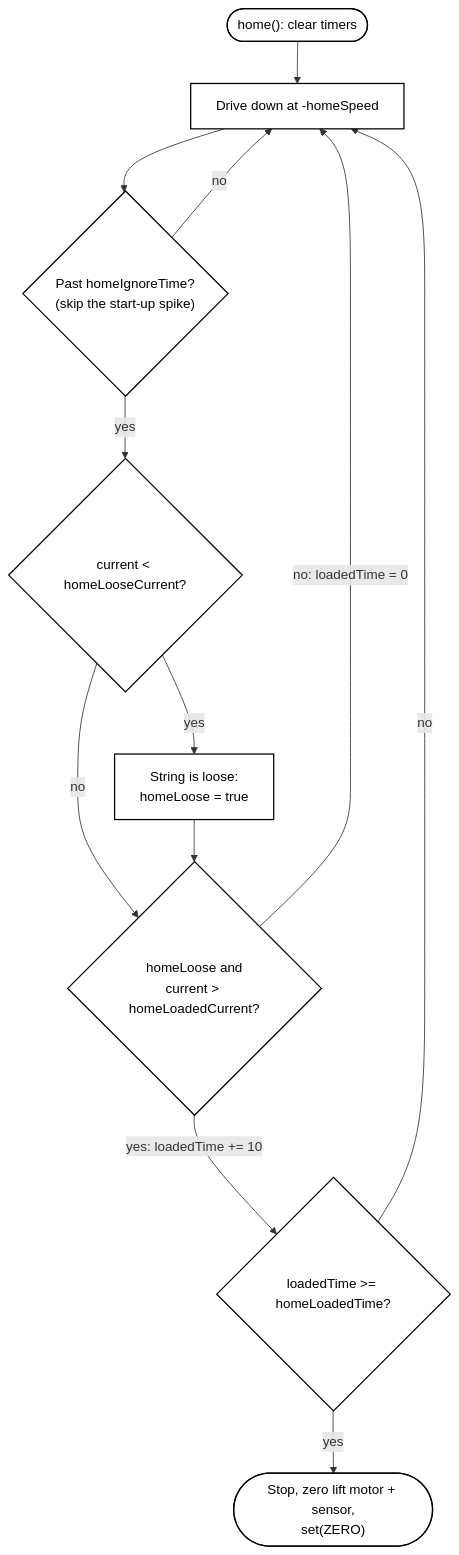
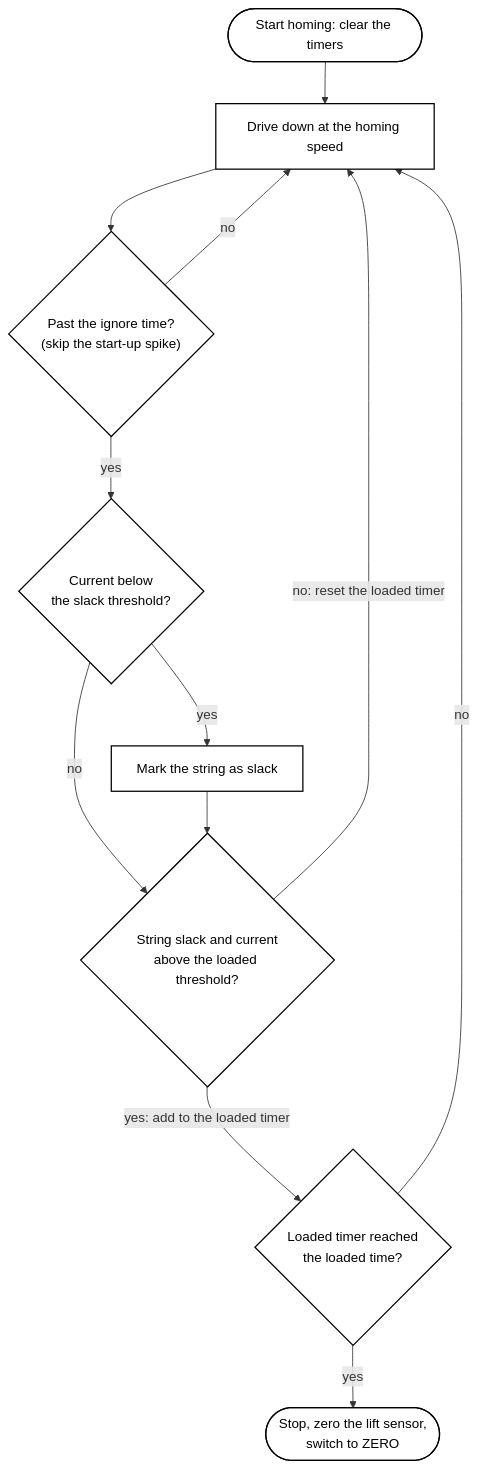
The third of 4 diagrams in docs/917x/Home/Robot 1/Prog - 1/Subsystems/Lift Notebook Pages.md (917X/917x-2027), drawn with Mermaid before and after one commit. The commit also changed other lines of this file, not shown here.

````diff
--- a/docs/917x/Home/Robot 1/Prog - 1/Subsystems/Lift Notebook Pages.md
+++ b/docs/917x/Home/Robot 1/Prog - 1/Subsystems/Lift Notebook Pages.md
@@ -501,17 +440,17 @@
 ```mermaid
 flowchart TD
-    A(["home(): clear timers"]) --> B["Drive down at -homeSpeed"]
-    B --> C{"Past homeIgnoreTime?<br/>(skip the start-up spike)"}
+    A(["Start homing: clear the timers"]) --> B["Drive down at the homing speed"]
+    B --> C{"Past the ignore time?<br/>(skip the start-up spike)"}
     C -->|"no"| B
-    C -->|"yes"| D{"current < homeLooseCurrent?"}
-    D -->|"yes"| E["String is loose:<br/>homeLoose = true"]
+    C -->|"yes"| D{"Current below<br/>the slack threshold?"}
+    D -->|"yes"| E["Mark the string as slack"]
     D -->|"no"| F
-    E --> F{"homeLoose and<br/>current > homeLoadedCurrent?"}
-    F -->|"no: loadedTime = 0"| B
-    F -->|"yes: loadedTime += 10"| G{"loadedTime >= homeLoadedTime?"}
+    E --> F{"String slack and current<br/>above the loaded threshold?"}
+    F -->|"no: reset the loaded timer"| B
+    F -->|"yes: add to the loaded timer"| G{"Loaded timer reached<br/>the loaded time?"}
     G -->|"no"| B
-    G -->|"yes"| H(["Stop, zero lift motor + sensor,<br/>set(ZERO)"])
+    G -->|"yes"| H(["Stop, zero the lift sensor,<br/>switch to ZERO"])
 
     classDef st fill:#ffffff,stroke:#000000,stroke-width:1.5px,color:#000000
     class A,B,C,D,E,F,G,H st
 ```
````
